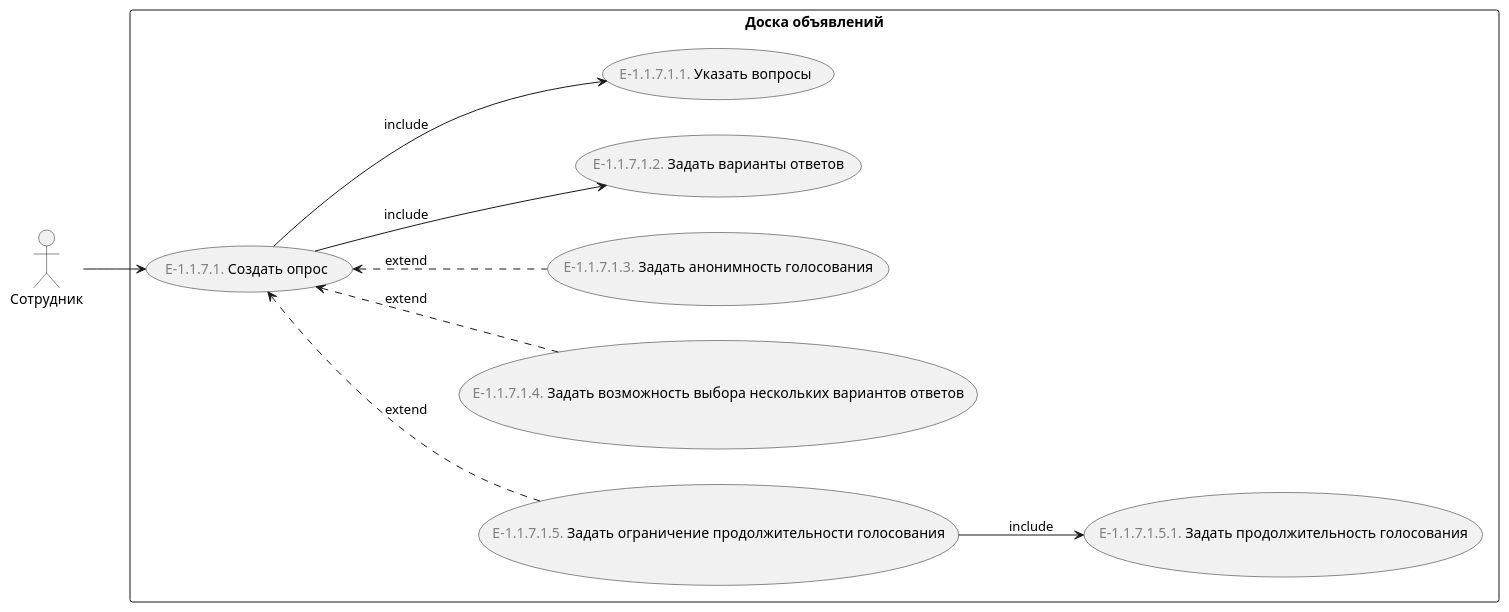
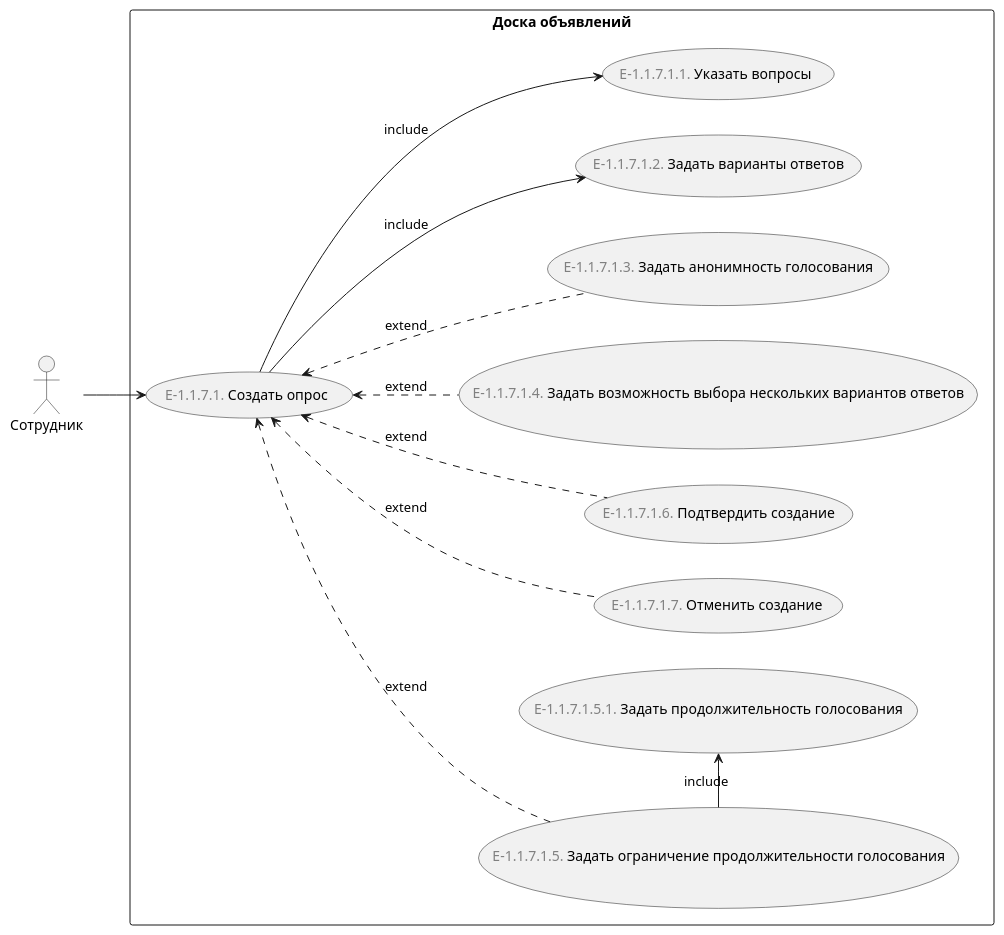
The diagram in doc/Диаграммы/use case/create_survey.puml (astu-app/ASTU-Bulletin-Board-Server), drawn with PlantUML before and after one commit. The commit also changed 25 other files, not shown here.

```diff
--- a/doc/Диаграммы/use case/create_survey.puml
+++ b/doc/Диаграммы/use case/create_survey.puml
@@ -1,21 +1,25 @@
 @startuml
 'https://plantuml.com/use-case-diagram
 
 left to right direction
 
 :Сотрудник: as employee
 
 rectangle "Доска объявлений" {
     (<font color="gray">E-1.1.7.1.</font> Создать опрос) as create_survey
 
     employee --> create_survey 
+    
+    create_survey <.. (<font color="gray">E-1.1.7.1.7.</font> Отменить создание) : extend
+    create_survey <.. (<font color="gray">E-1.1.7.1.6.</font> Подтвердить создание) : extend
+    
     create_survey <.. (<font color="gray">E-1.1.7.1.5.</font> Задать ограничение продолжительности голосования) : extend 
     create_survey <.. (<font color="gray">E-1.1.7.1.4.</font> Задать возможность выбора нескольких вариантов ответов) : extend
     create_survey <.. (<font color="gray">E-1.1.7.1.3.</font> Задать анонимность голосования) : extend
     create_survey --> (<font color="gray">E-1.1.7.1.2.</font> Задать варианты ответов) : include
     create_survey --> (<font color="gray">E-1.1.7.1.1.</font> Указать вопросы) : include
     
-    (<font color="gray">E-1.1.7.1.5.</font> Задать ограничение продолжительности голосования) --> (<font color="gray">E-1.1.7.1.5.1.</font> Задать продолжительность голосования) : include
+    (<font color="gray">E-1.1.7.1.5.</font> Задать ограничение продолжительности голосования) -right-> (<font color="gray">E-1.1.7.1.5.1.</font> Задать продолжительность голосования) : include
 }
 
 @enduml
```
